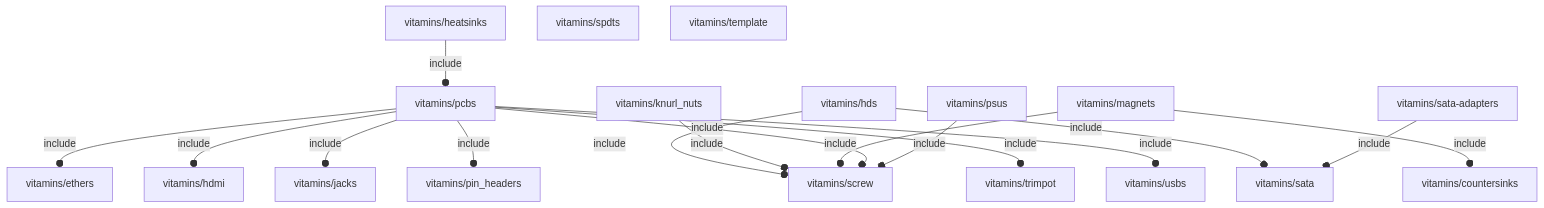
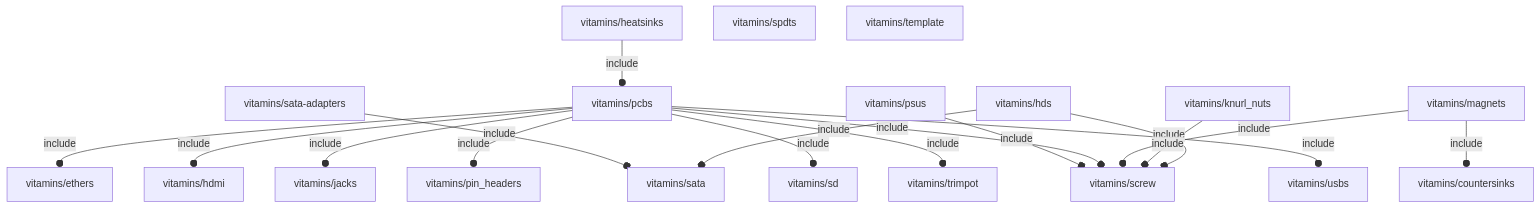
One commit to ggabbiani/OFL changed the diagram in orthodocs/vitamins/deps.md. Above: the diagram before and after it, drawn with Mermaid. The commit also changed 5 other files, not shown here.

````diff
--- a/orthodocs/vitamins/deps.md
+++ b/orthodocs/vitamins/deps.md
@@ -3,29 +3,31 @@
 ```mermaid
 graph TD
     A1[vitamins/countersinks]
     A2[vitamins/ethers]
     A3[vitamins/hdmi]
     A4[vitamins/hds] --o|include| A5[vitamins/sata]
     A4 --o|include| A6[vitamins/screw]
     A7[vitamins/heatsinks] --o|include| A8[vitamins/pcbs]
     A9[vitamins/jacks]
     A10[vitamins/knurl_nuts] --o|include| A6
     A11[vitamins/magnets] --o|include| A1
     A11 --o|include| A6
     A8 --o|include| A2
     A8 --o|include| A3
     A8 --o|include| A9
     A8 --o|include| A12[vitamins/pin_headers]
     A8 --o|include| A6
-    A8 --o|include| A13[vitamins/trimpot]
-    A8 --o|include| A14[vitamins/usbs]
+    A8 --o|include| A13[vitamins/sd]
+    A8 --o|include| A14[vitamins/trimpot]
+    A8 --o|include| A15[vitamins/usbs]
     A12
-    A15[vitamins/psus] --o|include| A6
+    A16[vitamins/psus] --o|include| A6
     A5
-    A16[vitamins/sata-adapters] --o|include| A5
+    A17[vitamins/sata-adapters] --o|include| A5
     A6
-    A17[vitamins/spdts]
-    A18[vitamins/template]
     A13
+    A18[vitamins/spdts]
+    A19[vitamins/template]
     A14
+    A15
 ```
````
